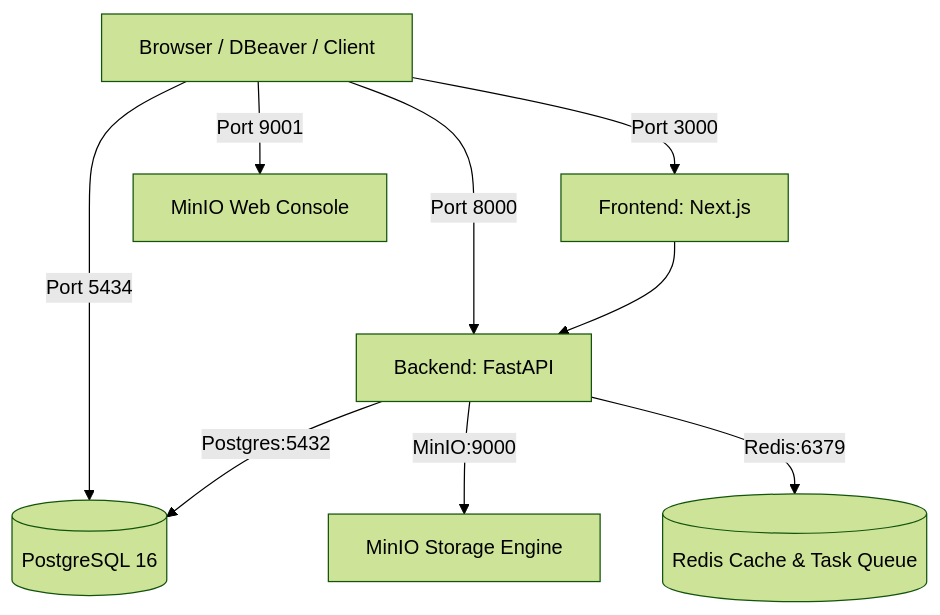
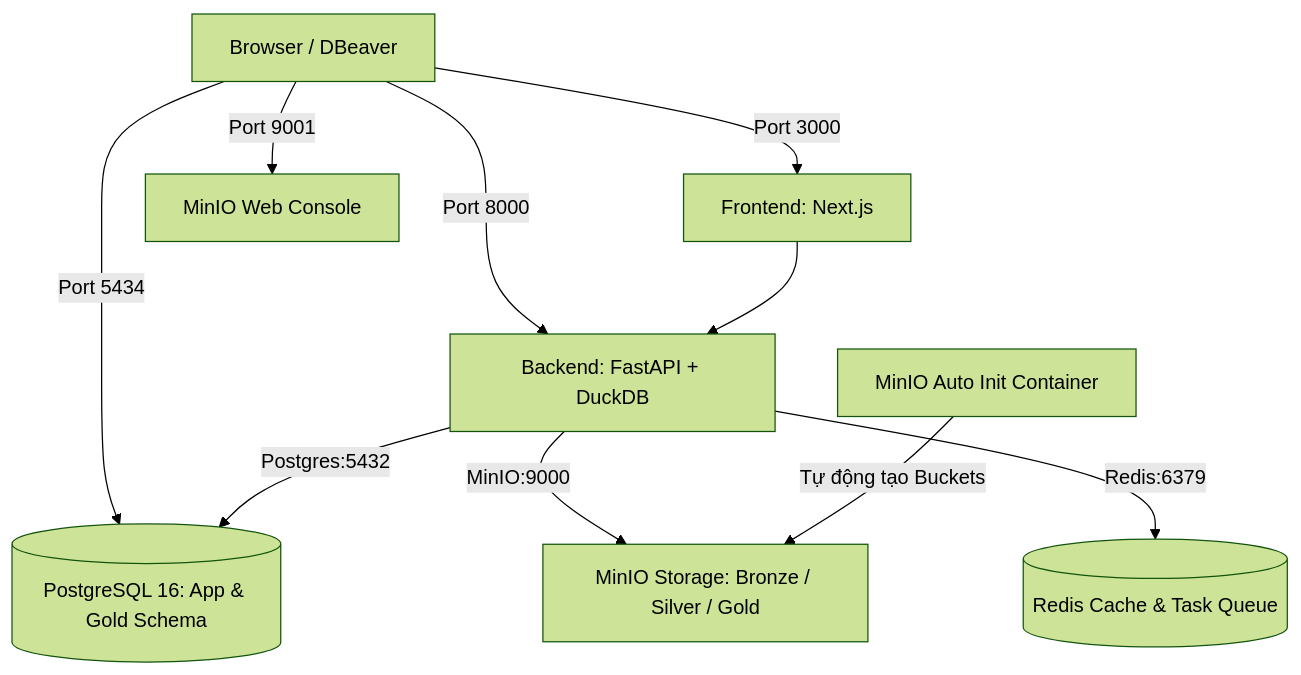
Before and after one commit to nguyenthanhsonn/UniDataLake_AI: the diagram in docs/docker-guide.md, drawn with Mermaid (forest theme). The commit also changed other lines of this file and 1 other file, not shown here.

Commit message:
feat: update minio client image in docker-compose and documentation

````diff
--- a/docs/docker-guide.md
+++ b/docs/docker-guide.md
@@ -24,12 +24,13 @@
 ```mermaid
 graph TD
-    Client[Browser / DBeaver / Client] -->|Port 3000| Frontend[Frontend: Next.js]
-    Client -->|Port 8000| Backend[Backend: FastAPI]
-    Client -->|Port 5434| Postgres[(PostgreSQL 16)]
+    Client[Browser / DBeaver] -->|Port 3000| Frontend[Frontend: Next.js]
+    Client -->|Port 8000| Backend[Backend: FastAPI + DuckDB]
+    Client -->|Port 5434| Postgres[(PostgreSQL 16: App & Gold Schema)]
     Client -->|Port 9001| MinIOConsole[MinIO Web Console]
 
     Frontend --> Backend
     Backend -->|Postgres:5432| Postgres
-    Backend -->|MinIO:9000| MinIO[MinIO Storage Engine]
+    Backend -->|MinIO:9000| MinIO[MinIO Storage: Bronze / Silver / Gold]
     Backend -->|Redis:6379| Redis[(Redis Cache & Task Queue)]
+    MinIOInit[MinIO Auto Init Container] -->|Tự động tạo Buckets| MinIO
 ```
````
